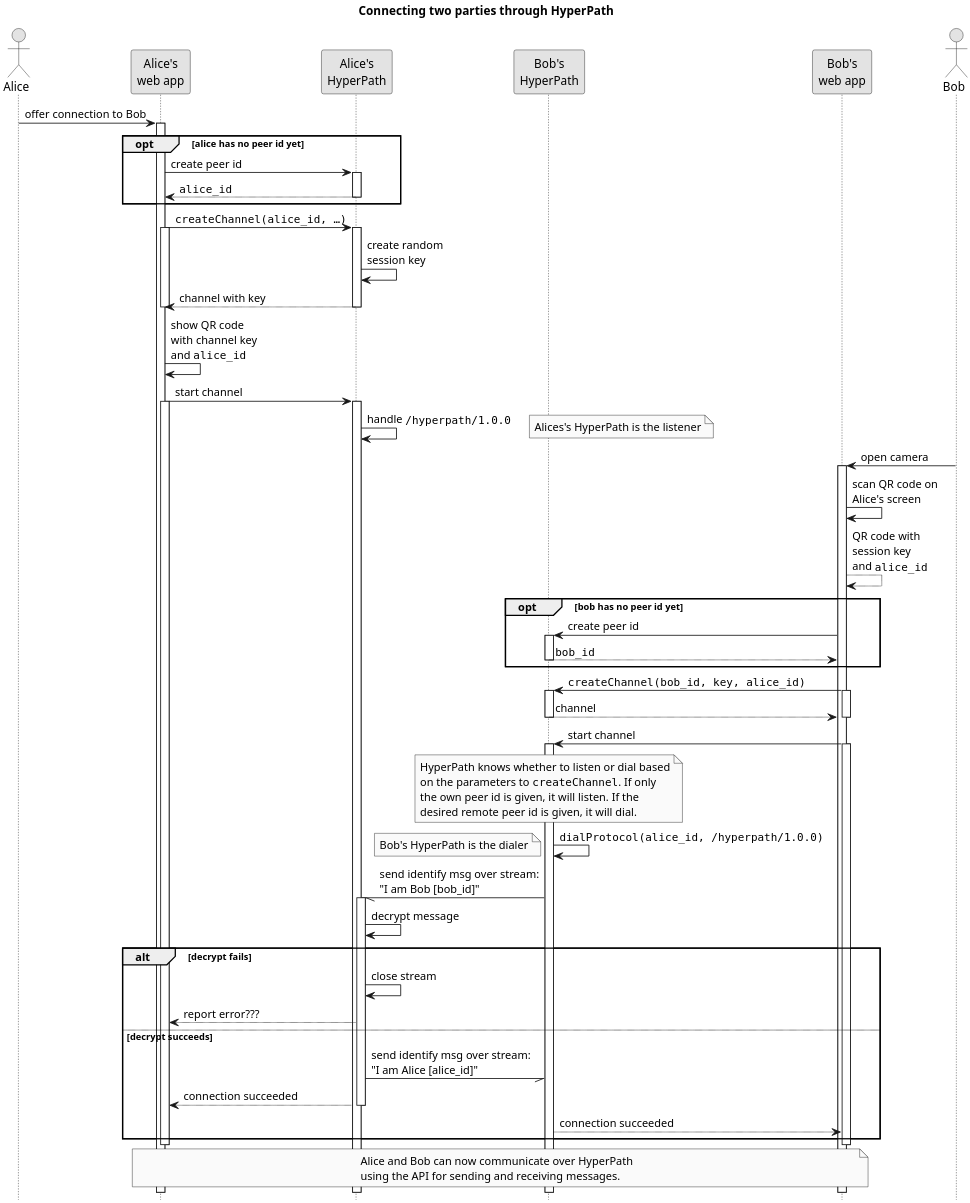
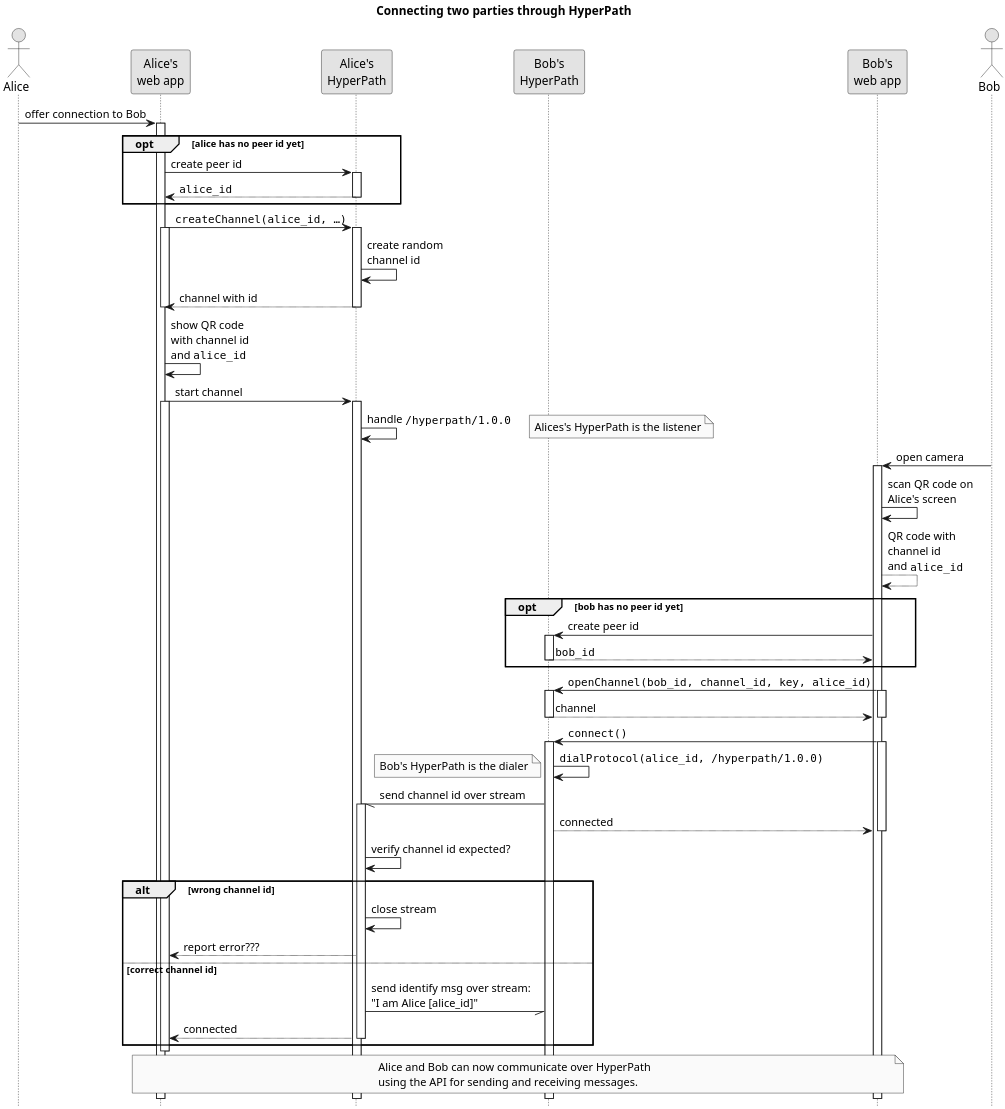
The diagram in design/connecting.plantuml (identity-box/hyperpath), drawn with PlantUML before and after one commit.

Commit message:
Updates to match latest learnings

```diff
--- a/design/connecting.plantuml
+++ b/design/connecting.plantuml
@@ -1,93 +1,86 @@
 @startuml connecting
 
 skinparam monochrome true
 skinparam shadowing false
 skinparam dpi 300
 hide footbox
 
 title Connecting two parties through HyperPath
 
 actor alice as "Alice"
 participant webapp_alice as "Alice's\nweb app"
 participant hyperpath_alice as "Alice's\nHyperPath"
 participant hyperpath_bob as "Bob's\nHyperPath"
 participant webapp_bob as "Bob's\nweb app"
 actor bob as "Bob"
 
 alice -> webapp_alice: offer connection to Bob
 activate webapp_alice
 
 opt alice has no peer id yet
 webapp_alice -> hyperpath_alice: create peer id
 activate hyperpath_alice
 hyperpath_alice --> webapp_alice: ""alice_id""
 deactivate hyperpath_alice
 end
 
 webapp_alice -> hyperpath_alice: ""createChannel(alice_id, …)""
 activate webapp_alice
 activate hyperpath_alice
-hyperpath_alice -> hyperpath_alice: create random\nsession key
-hyperpath_alice --> webapp_alice: channel with key
+hyperpath_alice -> hyperpath_alice: create random\nchannel id
+hyperpath_alice --> webapp_alice: channel with id
 deactivate hyperpath_alice
 deactivate webapp_alice
-webapp_alice -> webapp_alice: show QR code\nwith channel key\nand ""alice_id""
+webapp_alice -> webapp_alice: show QR code\nwith channel id\nand ""alice_id""
 webapp_alice -> hyperpath_alice: start channel
 activate hyperpath_alice
 activate webapp_alice
 hyperpath_alice -> hyperpath_alice: handle ""/hyperpath/1.0.0""
 note right: Alices's HyperPath is the listener
 
 bob -> webapp_bob: open camera
 activate webapp_bob
 webapp_bob -> webapp_bob: scan QR code on\nAlice's screen
-webapp_bob --> webapp_bob: QR code with\nsession key\nand ""alice_id""
+webapp_bob --> webapp_bob: QR code with\nchannel id\nand ""alice_id""
 opt bob has no peer id yet
   webapp_bob -> hyperpath_bob: create peer id
   activate hyperpath_bob
   hyperpath_bob --> webapp_bob: ""bob_id""
   deactivate hyperpath_bob
 end
 
-webapp_bob -> hyperpath_bob: ""createChannel(bob_id, key, alice_id)""
+webapp_bob -> hyperpath_bob: ""openChannel(bob_id, channel_id, key, alice_id)""
 activate webapp_bob
 activate hyperpath_bob
 hyperpath_bob --> webapp_bob: channel
 deactivate hyperpath_bob
 deactivate webapp_bob
-webapp_bob -> hyperpath_bob: start channel
+webapp_bob -> hyperpath_bob: ""connect()""
 activate hyperpath_bob
 
 activate webapp_bob
-note over hyperpath_bob
-  HyperPath knows whether to listen or dial based
-  on the parameters to ""createChannel"". If only
-  the own peer id is given, it will listen. If the
-  desired remote peer id is given, it will dial.
-end note
-
 hyperpath_bob -> hyperpath_bob: ""dialProtocol(alice_id, /hyperpath/1.0.0)""
 note left: Bob's HyperPath is the dialer
 
-hyperpath_bob -// hyperpath_alice: send identify msg over stream:\n"I am Bob [bob_id]"
+hyperpath_bob -// hyperpath_alice: send channel id over stream
 activate hyperpath_alice
-hyperpath_alice -> hyperpath_alice: decrypt message
-alt decrypt fails
+hyperpath_bob ---> webapp_bob: connected
+deactivate webapp_bob
+hyperpath_alice -> hyperpath_alice: verify channel id expected?
+alt wrong channel id
   hyperpath_alice -> hyperpath_alice: close stream
   hyperpath_alice --> webapp_alice: report error???
-else decrypt succeeds
+else correct channel id
   hyperpath_alice -// hyperpath_bob: send identify msg over stream:\n"I am Alice [alice_id]"
-  hyperpath_alice --> webapp_alice: connection succeeded
+  hyperpath_alice --> webapp_alice: connected
 deactivate hyperpath_alice
-  hyperpath_bob ---> webapp_bob: connection succeeded
 end
 
 deactivate webapp_alice
-deactivate webapp_bob
 
 note over webapp_alice, webapp_bob
   Alice and Bob can now communicate over HyperPath
   using the API for sending and receiving messages.
 end note
 
 @enduml
```
